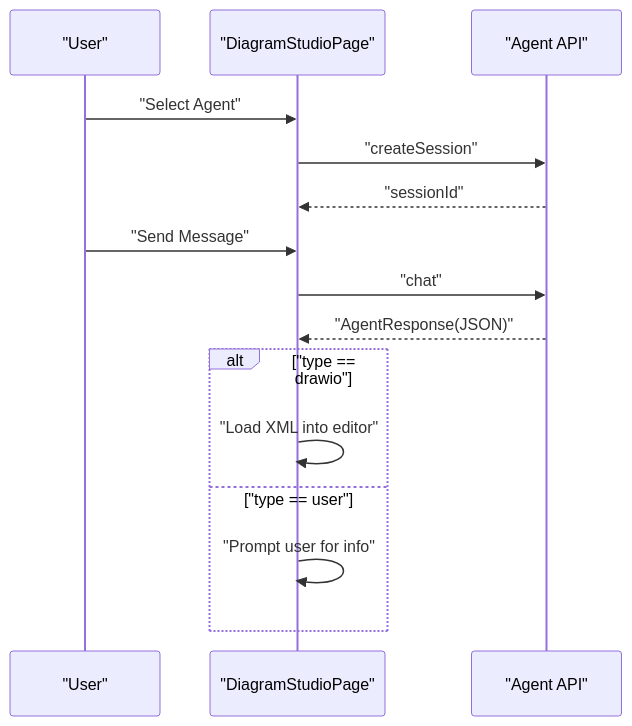
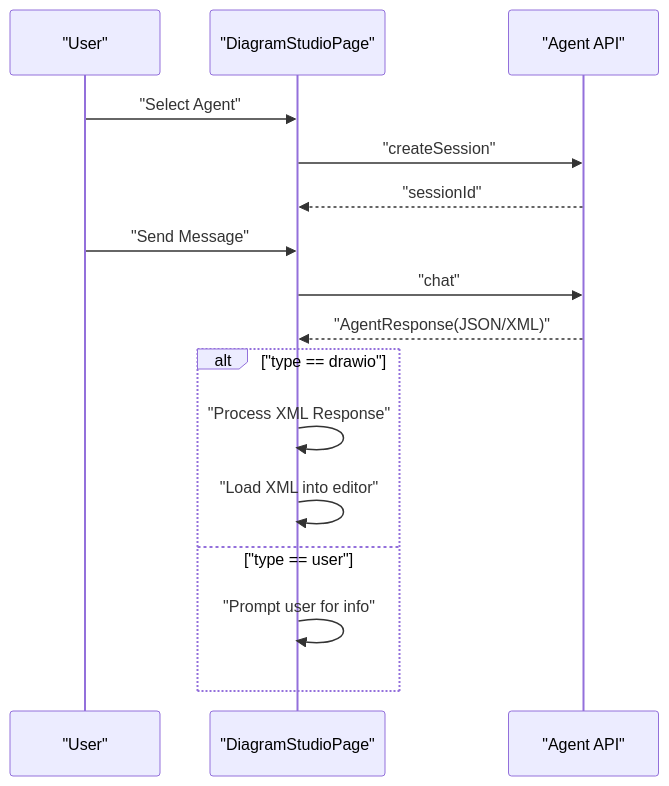
Diagram 12 of 14 in .qoder/repowiki/en/content/Diagram Editor.md (shrekboss/agent-draw-io-front), drawn with Mermaid before and after one commit. The commit also changed other lines of this file and 13 other files, not shown here.

Commit message:
feat(agent-draw-io-front): 优化交互式画图

````diff
--- a/.qoder/repowiki/en/content/Diagram Editor.md
+++ b/.qoder/repowiki/en/content/Diagram Editor.md
@@ -334,17 +534,18 @@
 ```mermaid
 sequenceDiagram
 participant U as "User"
 participant P as "DiagramStudioPage"
 participant A as "Agent API"
 U->>P : "Select Agent"
 P->>A : "createSession"
 A-->>P : "sessionId"
 U->>P : "Send Message"
 P->>A : "chat"
-A-->>P : "AgentResponse(JSON)"
+A-->>P : "AgentResponse(JSON/XML)"
 alt "type == drawio"
+P->>P : "Process XML Response"
 P->>P : "Load XML into editor"
 else "type == user"
 P->>P : "Prompt user for info"
 end
 ```
````
